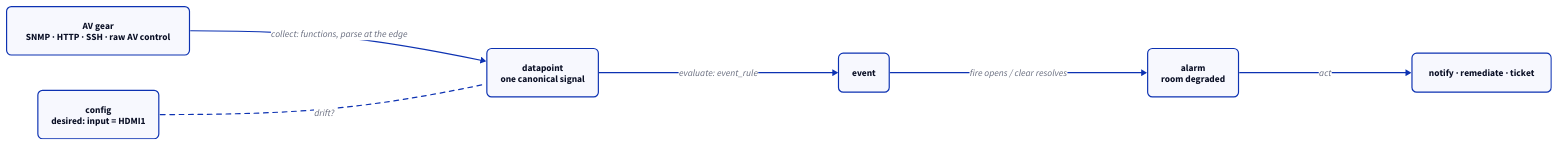
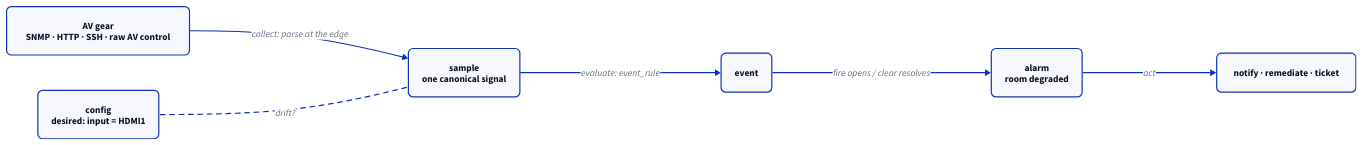
The second of 2 diagrams in docs/src/content/docs/architecture/why.md (hyperscaleav/omniglass), drawn with D2 before and after one commit. The commit also changed other lines of this file and 8 other files, not shown here.

````diff
--- a/docs/src/content/docs/architecture/why.md
+++ b/docs/src/content/docs/architecture/why.md
@@ -123,15 +119,15 @@
 ```d2
 direction: right
 classes: { node: { style.border-radius: 8 }; key: { style: { border-radius: 8; bold: true } } }
 gear: "AV gear\nSNMP · HTTP · SSH · raw AV control" { class: node }
-datapoint: "datapoint\none canonical signal" { class: key }
+sample: "sample\none canonical signal" { class: key }
 event: event { class: node }
 alarm: "alarm\nroom degraded" { class: node }
 act: "notify · remediate · ticket" { class: node }
 config: "config\ndesired: input = HDMI1" { class: node }
-gear -> datapoint: collect: functions, parse at the edge
-datapoint -> event: evaluate: event_rule
+gear -> sample: collect: parse at the edge
+sample -> event: evaluate: event_rule
 event -> alarm: fire opens / clear resolves
 alarm -> act: act
-config -- datapoint: "drift?" { style.stroke-dash: 4 }
+config -- sample: "drift?" { style.stroke-dash: 4 }
 ```
````
